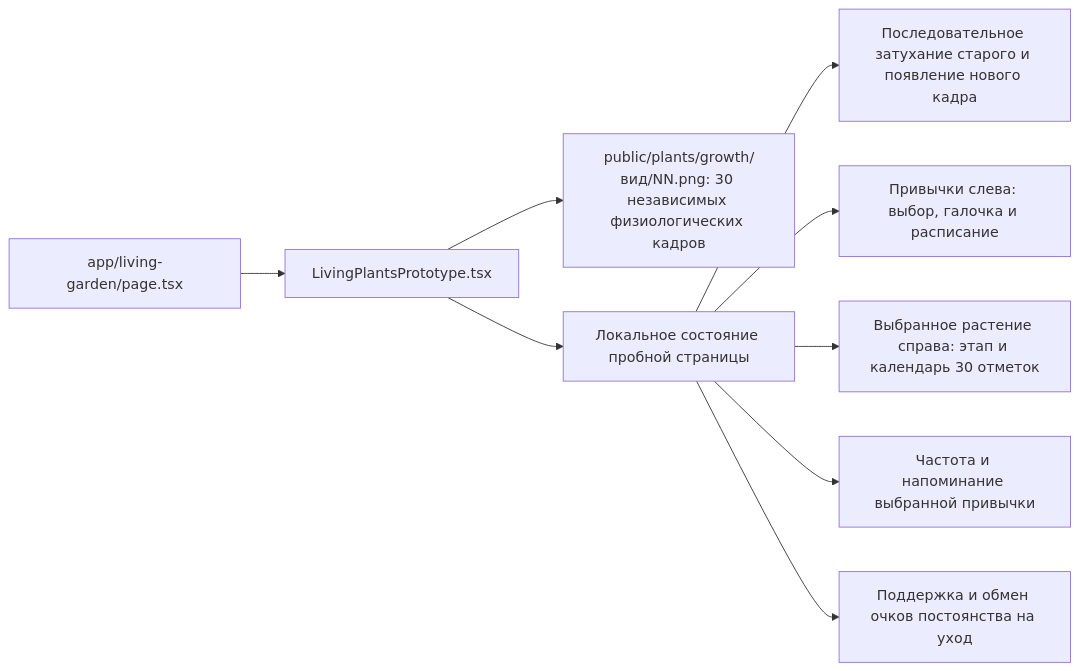
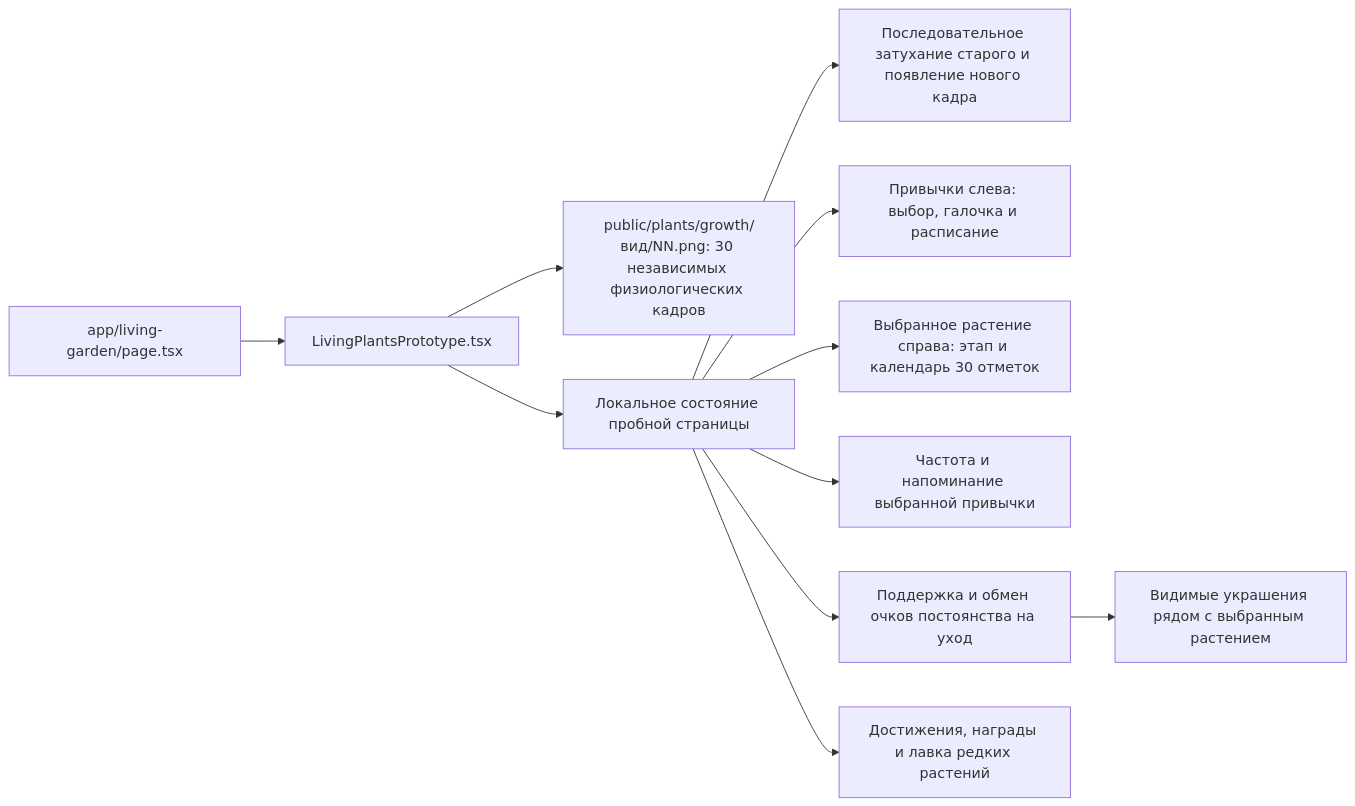
Before and after one commit to katrin27108-rgb/rost-habit-garden: the fifth of 7 diagrams in docs/ARCHITECTURE.md, drawn with Mermaid. The commit also changed other lines of this file and 68 other files, not shown here.

````diff
--- a/docs/ARCHITECTURE.md
+++ b/docs/ARCHITECTURE.md
@@ -71,11 +71,13 @@
 ```mermaid
 flowchart LR
   Route[app/living-garden/page.tsx] --> Prototype[LivingPlantsPrototype.tsx]
   Prototype --> Plants[public/plants/growth/вид/NN.png: 30 независимых физиологических кадров]
   Prototype --> DemoState[Локальное состояние пробной страницы]
   DemoState --> Growth[Последовательное затухание старого и появление нового кадра]
   DemoState --> Checklist[Привычки слева: выбор, галочка и расписание]
   DemoState --> Stage[Выбранное растение справа: этап и календарь 30 отметок]
   DemoState --> Reminders[Частота и напоминание выбранной привычки]
   DemoState --> Care[Поддержка и обмен очков постоянства на уход]
+  DemoState --> Achievements[Достижения, награды и лавка редких растений]
+  Care --> Decorations[Видимые украшения рядом с выбранным растением]
 ```
````
